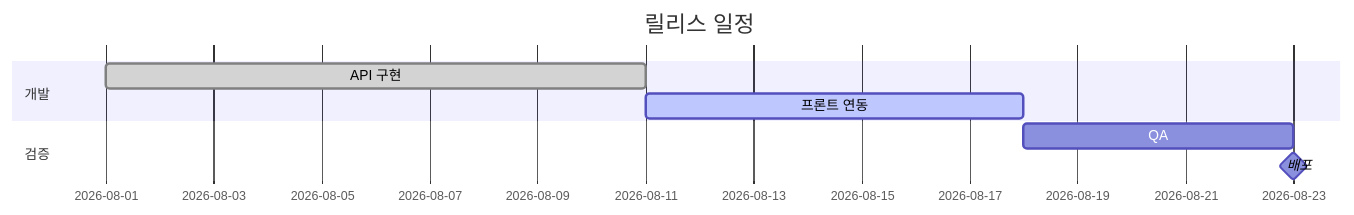
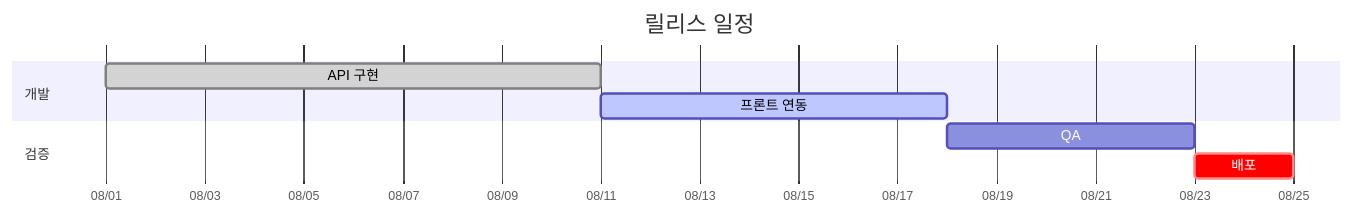
One commit to jeonck/toolian changed the fifth of 5 diagrams in content/docs/writing/mermaid.md. Above: the diagram before and after it, drawn with Mermaid. The commit also changed other lines of this file and 6 other files, not shown here.

````diff
--- a/content/docs/writing/mermaid.md
+++ b/content/docs/writing/mermaid.md
@@ -156,11 +157,12 @@
 ```mermaid
 gantt
     title 릴리스 일정
     dateFormat YYYY-MM-DD
+    axisFormat %m/%d
     section 개발
-    API 구현       :done, a1, 2026-08-01, 10d
-    프론트 연동     :active, a2, 2026-08-11, 7d
+    API 구현 :done, a1, 2026-08-01, 10d
+    프론트 연동 :active, a2, 2026-08-11, 7d
     section 검증
-    QA            :a3, after a2, 5d
-    배포           :milestone, after a3, 0d
+    QA :a3, after a2, 5d
+    배포 :crit, a4, after a3, 2d
 ```
````
